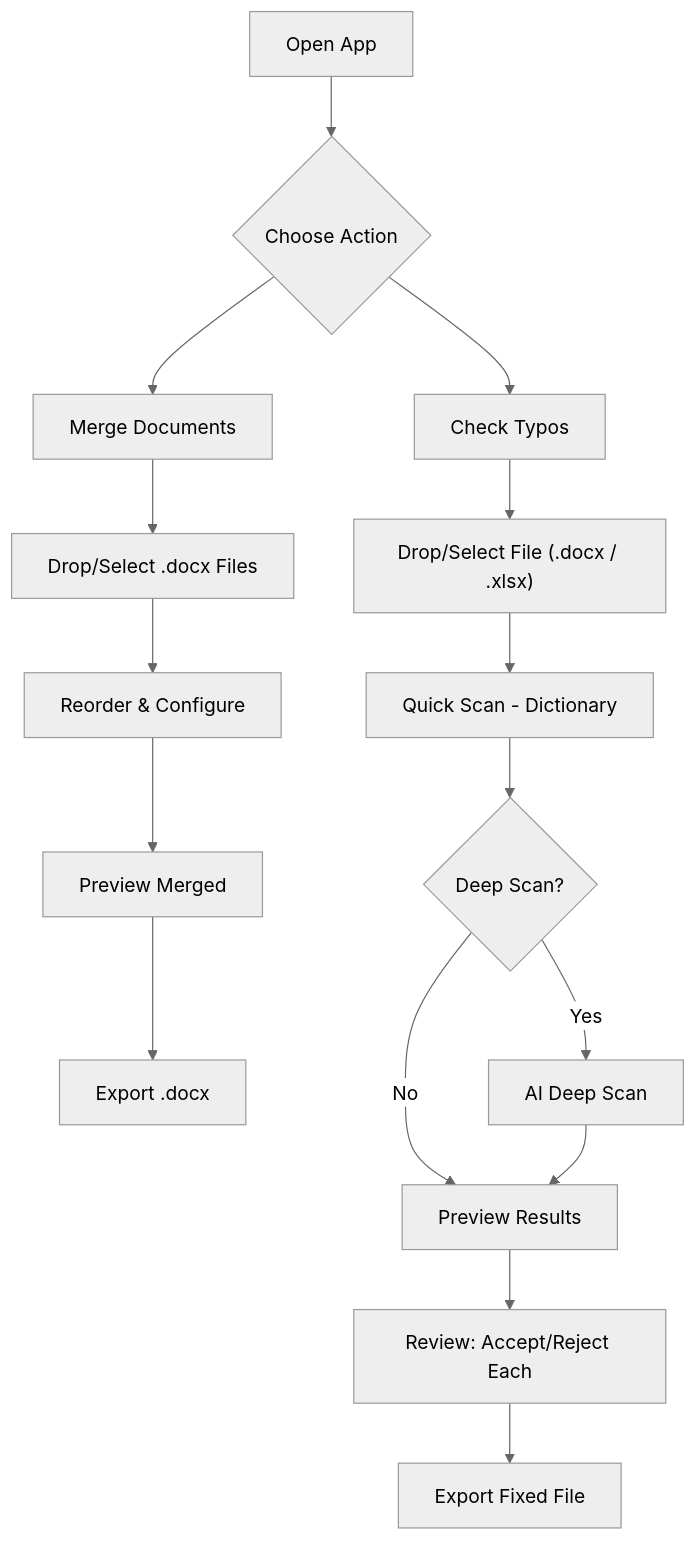
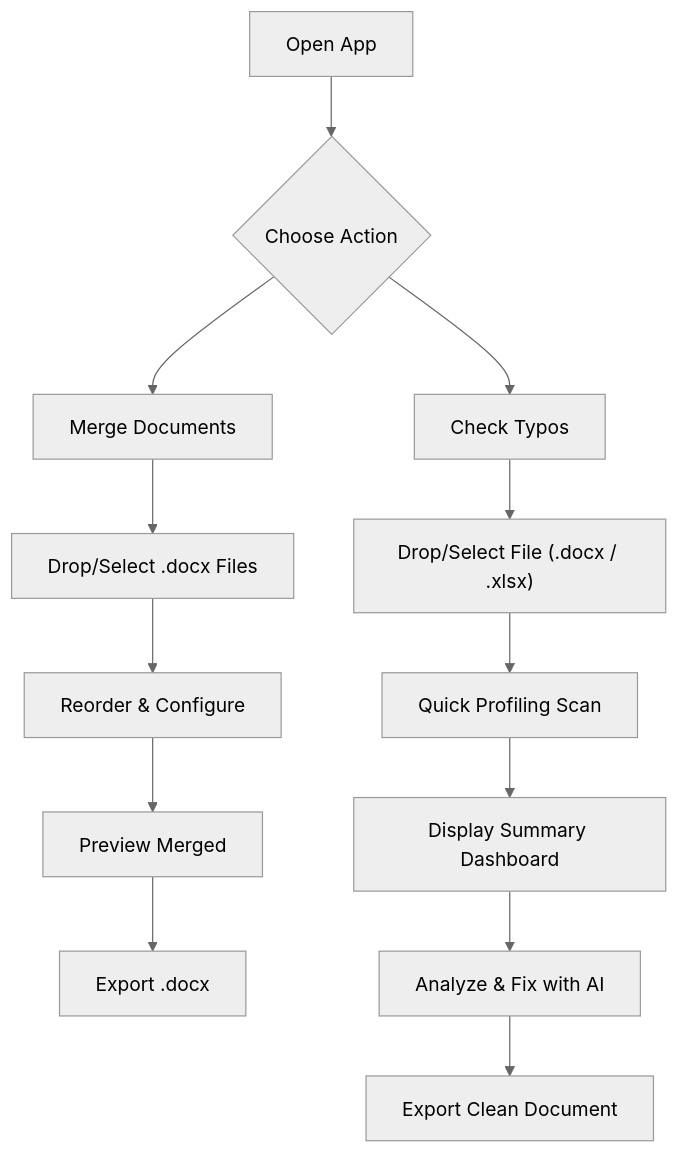
One commit to rfkokt/combine-fixing changed the third of 3 diagrams in IMPLEMENTATION_PLAN.md. Above: the diagram before and after it, drawn with Mermaid (neutral theme). The commit also changed other lines of this file and 21 other files, not shown here.

````diff
--- a/IMPLEMENTATION_PLAN.md
+++ b/IMPLEMENTATION_PLAN.md
@@ -442,20 +436,17 @@
 ```mermaid
 flowchart TD
     A[Open App] --> B{Choose Action}
     B --> C[Merge Documents]
     B --> D[Check Typos]
     
     C --> C1[Drop/Select .docx Files]
     C1 --> C2[Reorder & Configure]
     C2 --> C3[Preview Merged]
     C3 --> C4[Export .docx]
     
     D --> D1["Drop/Select File (.docx / .xlsx)"]
-    D1 --> D2[Quick Scan - Dictionary]
-    D2 --> D3{Deep Scan?}
-    D3 -->|Yes| D4[AI Deep Scan]
-    D3 -->|No| D5[Preview Results]
-    D4 --> D5
-    D5 --> D6[Review: Accept/Reject Each]
-    D6 --> D7[Export Fixed File]
+    D1 --> D2[Quick Profiling Scan]
+    D2 --> D3[Display Summary Dashboard]
+    D3 --> D4[Analyze & Fix with AI]
+    D4 --> D5[Export Clean Document]
 ```
````
